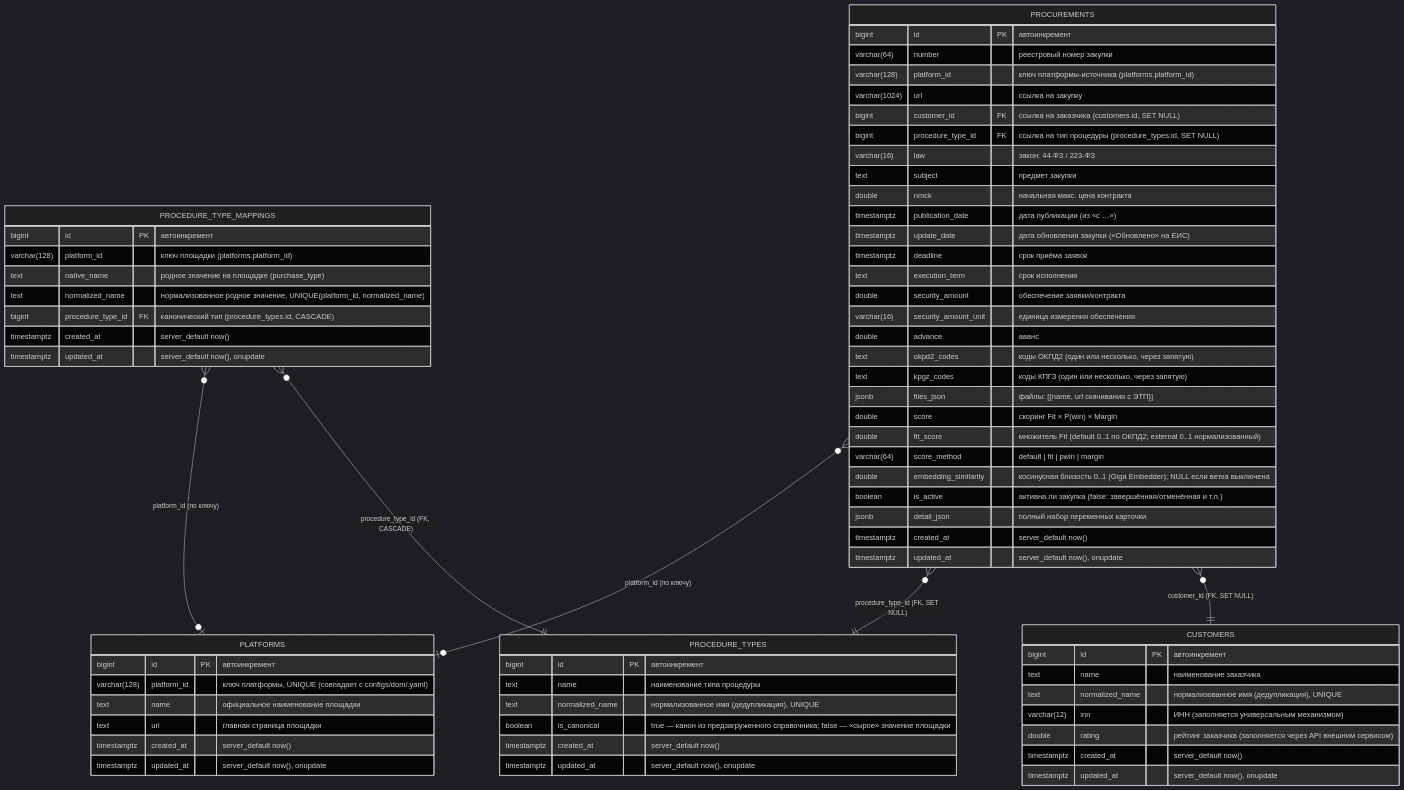
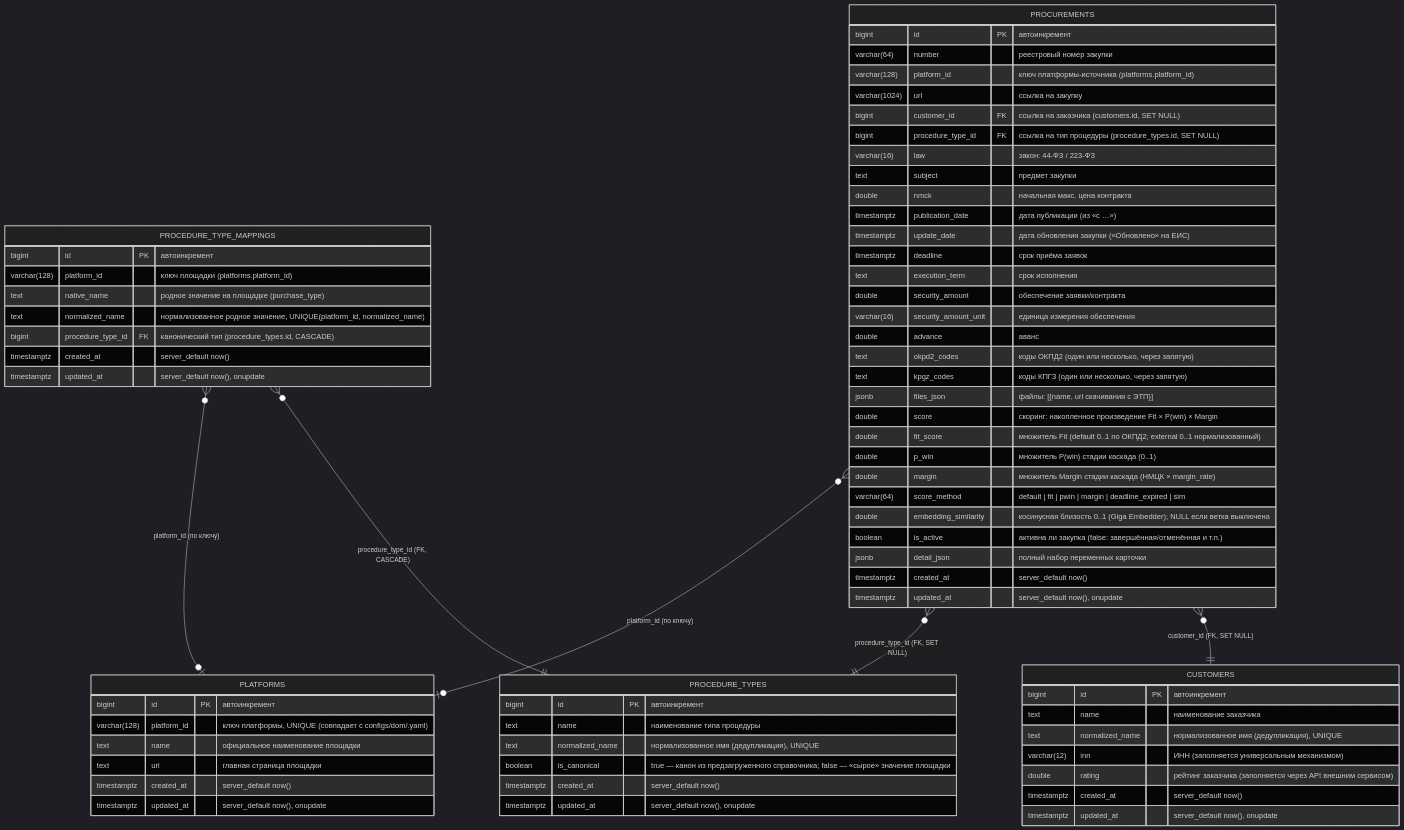
One commit to igorvolk1961/zakupki_parser changed the diagram in docs/c4/db-schema.md. Above: the diagram before and after it, drawn with Mermaid (dark theme). The commit also changed other lines of this file and 32 other files, not shown here.

First line of the commit message:
docs и код: каскад скоринга Fit→P(win)→Margin, score_method vector→sim, web-редактирование промптов

````diff
--- a/docs/c4/db-schema.md
+++ b/docs/c4/db-schema.md
@@ -6,76 +6,78 @@
 ```mermaid
 erDiagram
     CUSTOMERS {
         bigint id PK "автоинкремент"
         text name "наименование заказчика"
         text normalized_name "нормализованное имя (дедупликация), UNIQUE"
         varchar(12) inn "ИНН (заполняется универсальным механизмом)"
         double rating "рейтинг заказчика (заполняется через API внешним сервисом)"
         timestamptz created_at "server_default now()"
         timestamptz updated_at "server_default now(), onupdate"
     }
 
     PLATFORMS {
         bigint id PK "автоинкремент"
         varchar(128) platform_id "ключ платформы, UNIQUE (совпадает с configs/dom/<platform_id>.yaml)"
         text name "официальное наименование площадки"
         text url "главная страница площадки"
         timestamptz created_at "server_default now()"
         timestamptz updated_at "server_default now(), onupdate"
     }
 
     PROCEDURE_TYPES {
         bigint id PK "автоинкремент"
         text name "наименование типа процедуры"
         text normalized_name "нормализованное имя (дедупликация), UNIQUE"
         boolean is_canonical "true — канон из предзагруженного справочника; false — «сырое» значение площадки"
         timestamptz created_at "server_default now()"
         timestamptz updated_at "server_default now(), onupdate"
     }
 
     PROCEDURE_TYPE_MAPPINGS {
         bigint id PK "автоинкремент"
         varchar(128) platform_id "ключ площадки (platforms.platform_id)"
         text native_name "родное значение на площадке (purchase_type)"
         text normalized_name "нормализованное родное значение, UNIQUE(platform_id, normalized_name)"
         bigint procedure_type_id FK "канонический тип (procedure_types.id, CASCADE)"
         timestamptz created_at "server_default now()"
         timestamptz updated_at "server_default now(), onupdate"
     }
 
     PROCUREMENTS {
         bigint id PK "автоинкремент"
         varchar(64) number "реестровый номер закупки"
         varchar(128) platform_id "ключ платформы-источника (platforms.platform_id)"
         varchar(1024) url "ссылка на закупку"
         bigint customer_id FK "ссылка на заказчика (customers.id, SET NULL)"
         bigint procedure_type_id FK "ссылка на тип процедуры (procedure_types.id, SET NULL)"
         varchar(16) law "закон: 44-ФЗ / 223-ФЗ"
         text subject "предмет закупки"
         double nmck "начальная макс. цена контракта"
         timestamptz publication_date "дата публикации (из «с …»)"
         timestamptz update_date "дата обновления закупки («Обновлено» на ЕИС)"
         timestamptz deadline "срок приёма заявок"
         text execution_term "срок исполнения"
         double security_amount "обеспечение заявки/контракта"
         varchar(16) security_amount_unit "единица измерения обеспечения"
         double advance "аванс"
         text okpd2_codes "коды ОКПД2 (один или несколько, через запятую)"
         text kpgz_codes "коды КПГЗ (один или несколько, через запятую)"
         jsonb files_json "файлы: [{name, url скачивания с ЭТП}]"
-        double score "скоринг Fit × P(win) × Margin"
+        double score "скоринг: накопленное произведение Fit × P(win) × Margin"
         double fit_score "множитель Fit (default 0..1 по ОКПД2; external 0..1 нормализованный)"
-        varchar(64) score_method "default | fit | pwin | margin"
+        double p_win "множитель P(win) стадии каскада (0..1)"
+        double margin "множитель Margin стадии каскада (НМЦК × margin_rate)"
+        varchar(64) score_method "default | fit | pwin | margin | deadline_expired | sim"
         double embedding_similarity "косинусная близость 0..1 (Giga Embedder); NULL если ветка выключена"
         boolean is_active "активна ли закупка (false: завершённая/отменённая и т.п.)"
         jsonb detail_json "полный набор переменных карточки"
         timestamptz created_at "server_default now()"
         timestamptz updated_at "server_default now(), onupdate"
     }
 
     PROCUREMENTS }o--|| CUSTOMERS : "customer_id (FK, SET NULL)"
     PROCUREMENTS }o--|| PROCEDURE_TYPES : "procedure_type_id (FK, SET NULL)"
     PROCEDURE_TYPE_MAPPINGS }o--|| PROCEDURE_TYPES : "procedure_type_id (FK, CASCADE)"
     PROCUREMENTS }o--o| PLATFORMS : "platform_id (по ключу)"
     PROCEDURE_TYPE_MAPPINGS }o--o| PLATFORMS : "platform_id (по ключу)"
 ```
````
